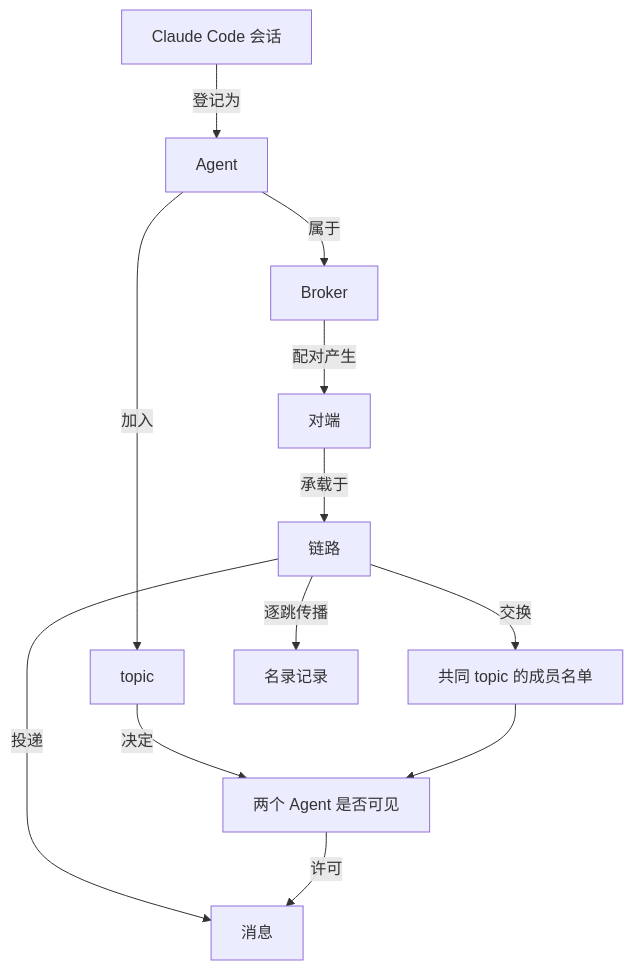
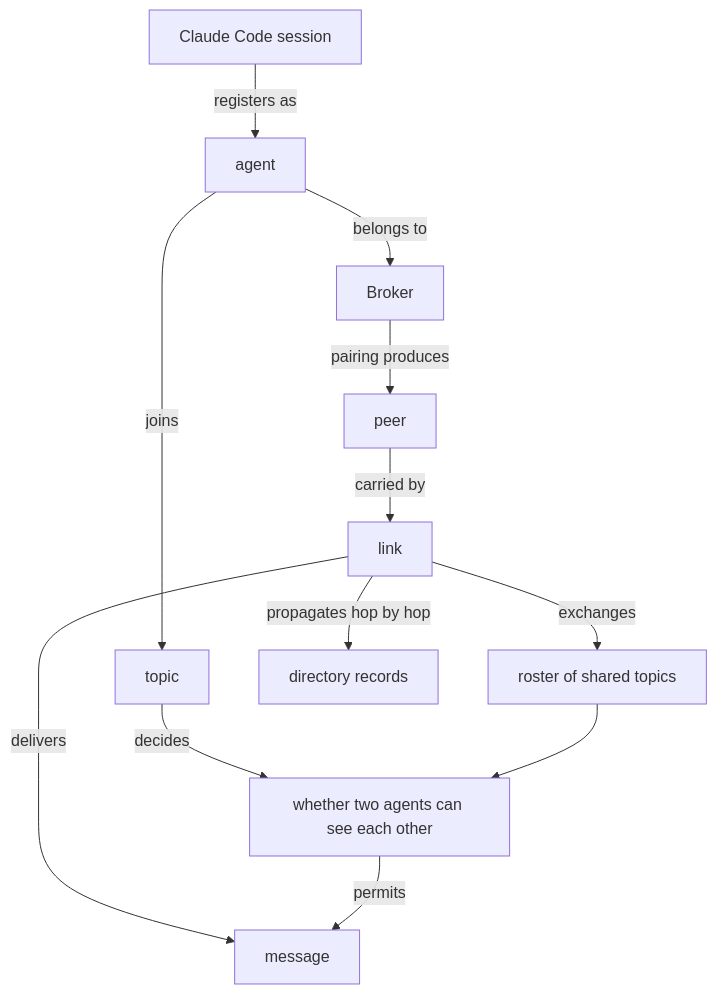
One commit to wangzw/peers changed the first of 4 diagrams in docs/design/architecture.md. Above: the diagram before and after it, drawn with Mermaid. The commit also changed other lines of this file, not shown here.

Commit message:
docs(design): translate the architecture document to English

````diff
--- a/docs/design/architecture.md
+++ b/docs/design/architecture.md
@@ -22,14 +22,14 @@
 ```mermaid
 flowchart TB
-    session[Claude Code 会话] -->|登记为| agent[Agent]
-    agent -->|属于| broker[Broker]
-    agent -->|加入| topic[topic]
-    broker -->|配对产生| peer[对端]
-    peer -->|承载于| link[链路]
-    link -->|交换| roster[共同 topic 的成员名单]
-    link -->|逐跳传播| record[名录记录]
-    link -->|投递| message[消息]
-    topic -->|决定| visibility[两个 Agent 是否可见]
+    session[Claude Code session] -->|registers as| agent[agent]
+    agent -->|belongs to| broker[Broker]
+    agent -->|joins| topic[topic]
+    broker -->|pairing produces| peer[peer]
+    peer -->|carried by| link[link]
+    link -->|exchanges| roster[roster of shared topics]
+    link -->|propagates hop by hop| record[directory records]
+    link -->|delivers| message[message]
+    topic -->|decides| visibility[whether two agents can see each other]
     roster --> visibility
-    visibility -->|许可| message
+    visibility -->|permits| message
 ```
````
